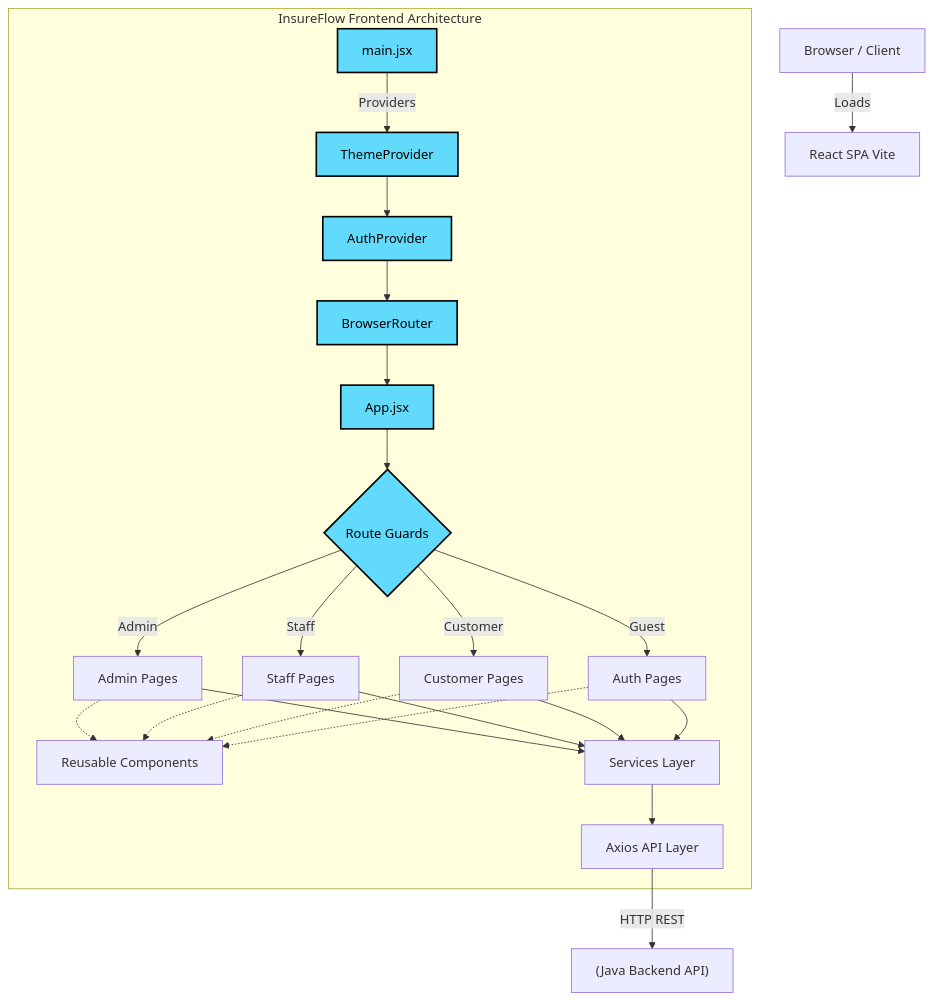
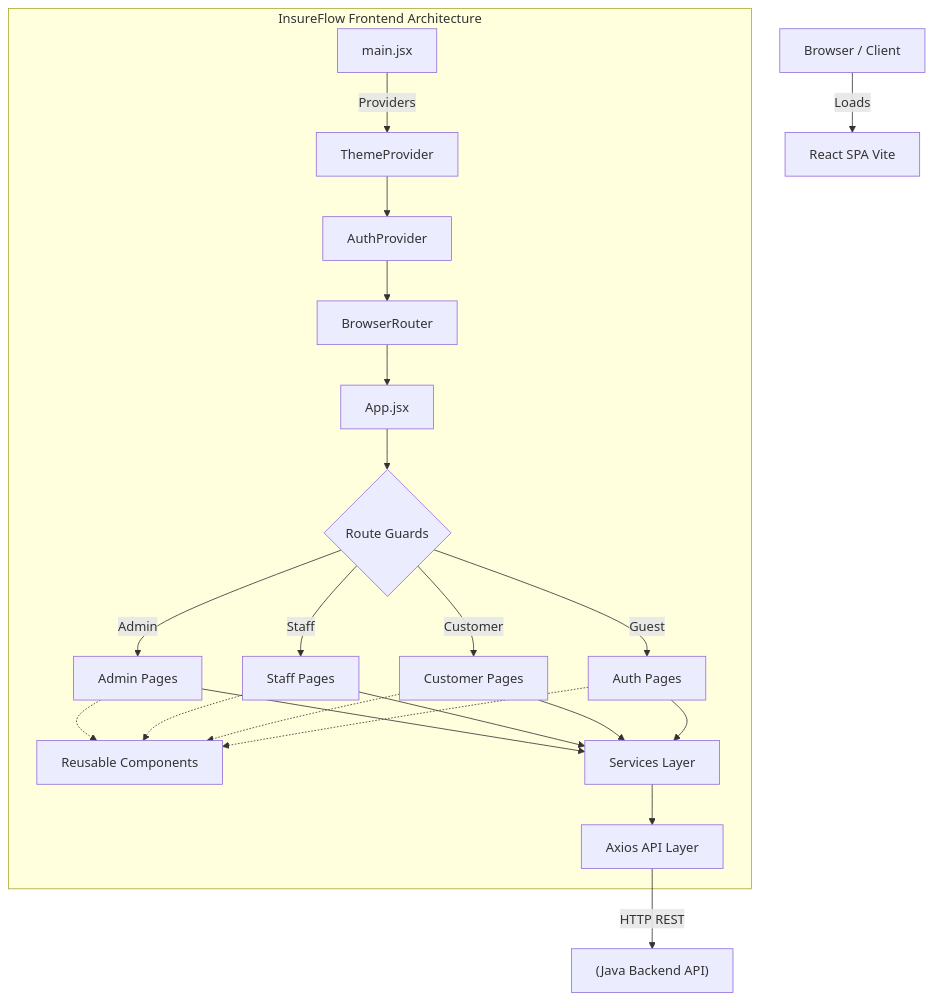
The first of 2 diagrams in docs/architecture/overview.md (Gurry-12/insurance-policy-claim-management-app-ui), drawn with Mermaid before and after one commit. The commit also changed other lines of this file and 2 other files, not shown here.

Commit message:
docs: Remove hardcoded Mermaid styling to support GitHub Light/Dark themes

````diff
--- a/docs/architecture/overview.md
+++ b/docs/architecture/overview.md
@@ -11,31 +11,28 @@
 ```mermaid
 graph TD
     Browser["Browser / Client"] -->|Loads| Vite["React SPA Vite"]
     
     subgraph Frontend [InsureFlow Frontend Architecture]
         Main[main.jsx] -->|Providers| Theme[ThemeProvider]
         Theme --> Auth[AuthProvider]
         Auth --> Router[BrowserRouter]
         
         Router --> App[App.jsx]
         
         App --> Routes{"Route Guards"}
         Routes -->|Guest| AuthPages["Auth Pages"]
         Routes -->|Admin| AdminPages["Admin Pages"]
         Routes -->|Staff| StaffPages["Staff Pages"]
         Routes -->|Customer| CustPages["Customer Pages"]
         
         AdminPages & StaffPages & CustPages & AuthPages -.-> Components["Reusable Components"]
         
         AdminPages & StaffPages & CustPages & AuthPages --> Services["Services Layer"]
         
         Services --> API["Axios API Layer"]
     end
     
     API -->|HTTP REST| Backend["(Java Backend API)"]
     
-    classDef React fill:#61dafb,stroke:#000,stroke-width:2px,color:#000
-    classDef Node fill:#fff,stroke:#333,stroke-width:1px
     
-    class Main,Theme,Auth,Router,App,Routes React
 ```
````
